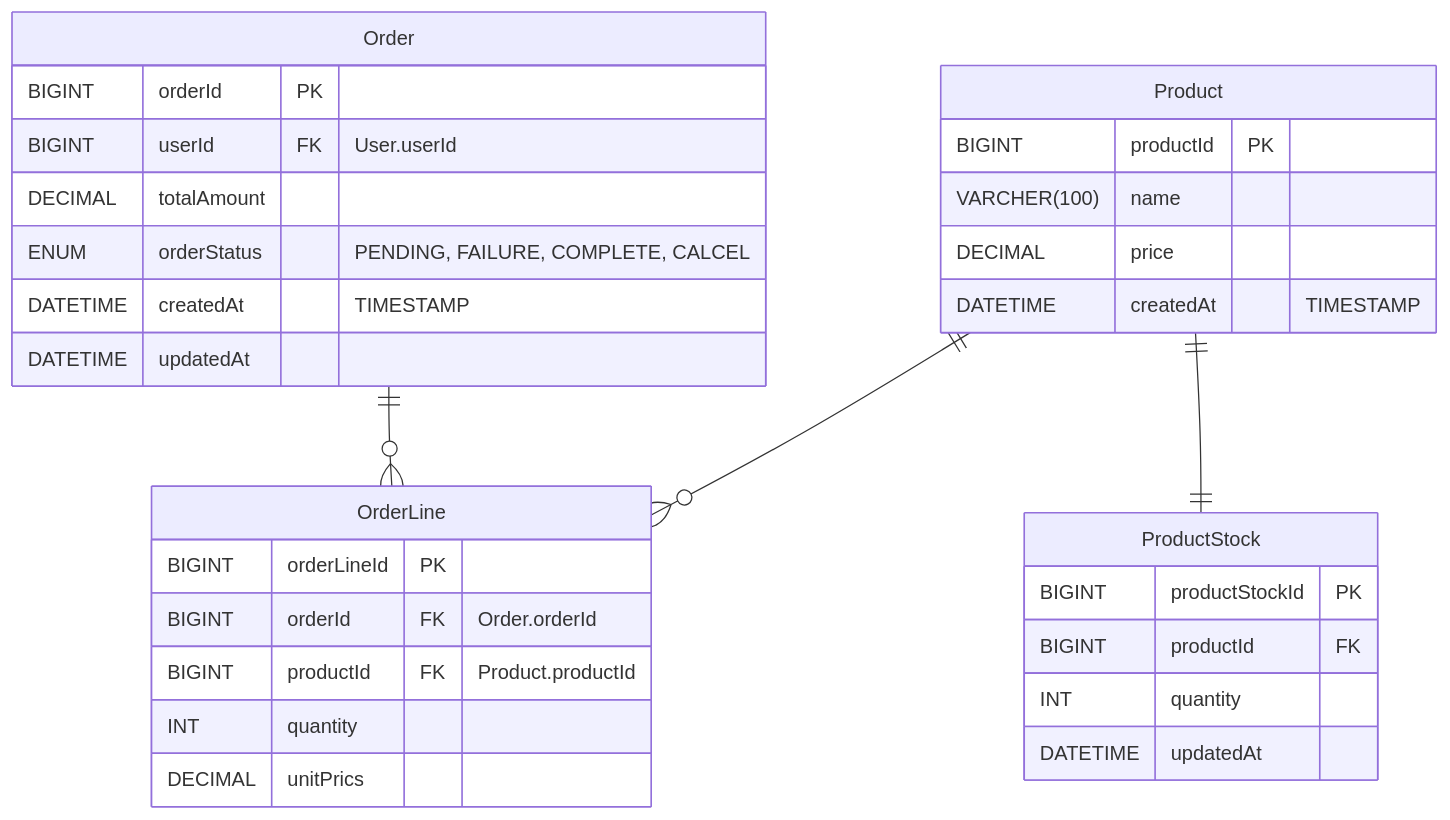
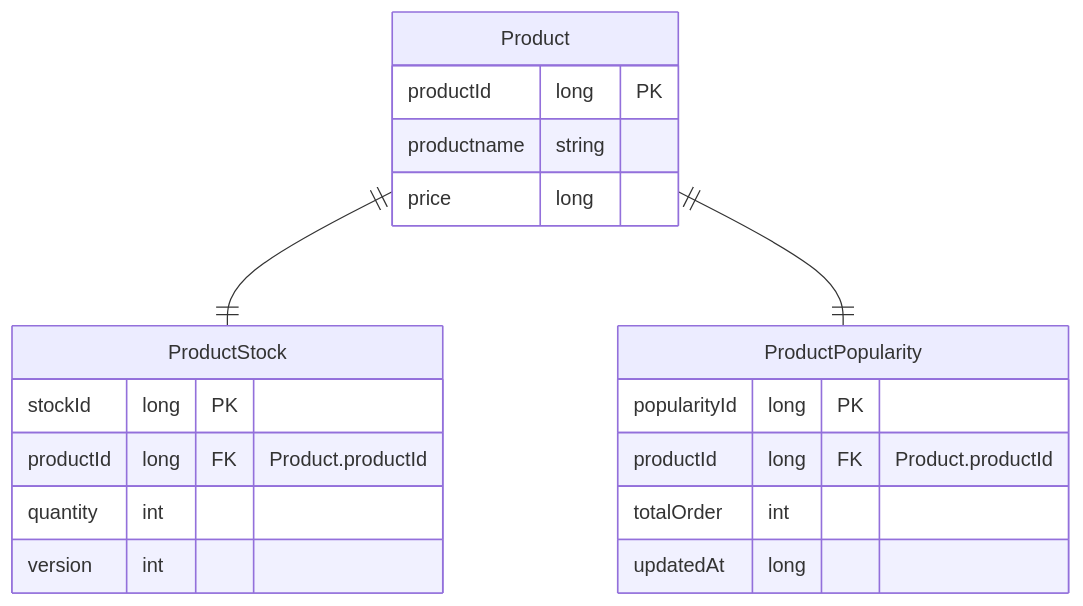
Before and after one commit to chapakook/kotlin-ecommerce: the fifth of 5 diagrams in docs/erd.md, drawn with Mermaid. The commit also changed other lines of this file, not shown here.

Commit message:
[DOC] erd 업데이트 도메인 설계 변경

````diff
--- a/docs/erd.md
+++ b/docs/erd.md
@@ -256,34 +261,22 @@
 ```mermaid
 erDiagram
-    Product ||--o{ OrderLine : ""
-    Product ||--|| ProductStock : ""
-    Order ||--o{ OrderLine : ""
-
-    Order{
-        BIGINT orderId PK
-        BIGINT userId FK "User.userId"
-        DECIMAL totalAmount
-        ENUM orderStatus "PENDING, FAILURE, COMPLETE, CALCEL"
-        DATETIME createdAt "TIMESTAMP"
-        DATETIME updatedAt  
-    }
-    OrderLine{
-        BIGINT orderLineId PK
-        BIGINT orderId FK "Order.orderId"
-        BIGINT productId FK "Product.productId"
-        INT quantity
-        DECIMAL unitPrics
-    }
     Product{
-        BIGINT productId PK
-        VARCHER(100) name
-        DECIMAL price
-        DATETIME createdAt "TIMESTAMP"
+        productId long PK
+        productname string
+        price long
     }
     ProductStock{
-        BIGINT productStockId PK
-        BIGINT productId FK
-        INT quantity
-        DATETIME updatedAt
+        stockId long PK
+        productId long FK "Product.productId"
+        quantity int 
+        version int
     }
+    ProductPopularity{
+        popularityId long PK
+        productId long FK "Product.productId"
+        totalOrder int
+        updatedAt long
+    }
+    Product ||--|| ProductStock: ""
+    Product ||--|| ProductPopularity: ""
 ```
````
